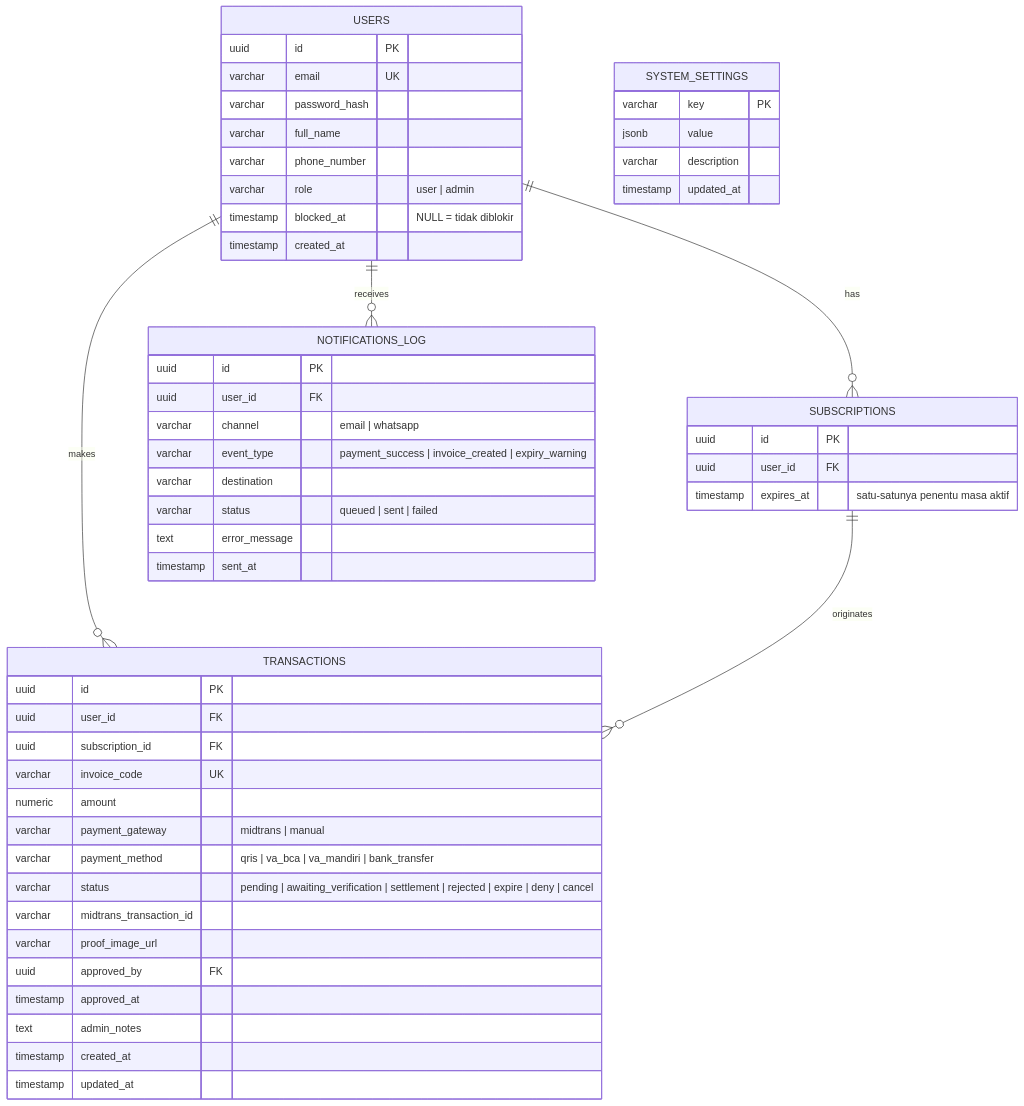
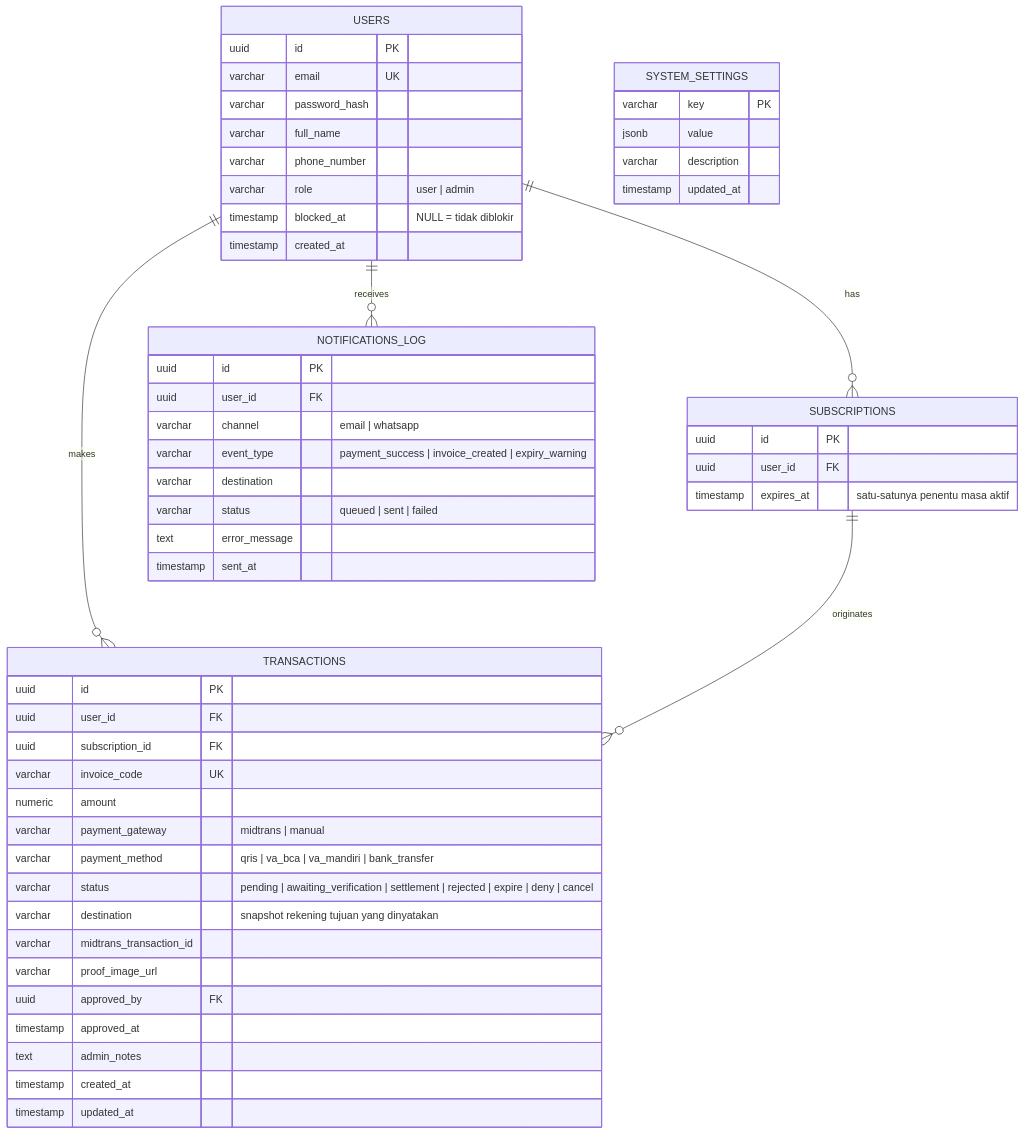
One commit to ikadekaggasugitha-cell/AI-InvestmentDecisionSupport changed the second of 3 diagrams in docs/saas-subscription-platform.md. Above: the diagram before and after it, drawn with Mermaid. The commit also changed other lines of this file and 61 other files, not shown here.

````diff
--- a/docs/saas-subscription-platform.md
+++ b/docs/saas-subscription-platform.md
@@ -95,60 +95,61 @@
 ```mermaid
 erDiagram
     USERS ||--o{ SUBSCRIPTIONS : has
     USERS ||--o{ TRANSACTIONS : makes
     SUBSCRIPTIONS ||--o{ TRANSACTIONS : originates
     USERS ||--o{ NOTIFICATIONS_LOG : receives
 
     USERS {
         uuid id PK
         varchar email UK
         varchar password_hash
         varchar full_name
         varchar phone_number
         varchar role "user | admin"
         timestamp blocked_at "NULL = tidak diblokir"
         timestamp created_at
     }
 
     SUBSCRIPTIONS {
         uuid id PK
         uuid user_id FK
         timestamp expires_at "satu-satunya penentu masa aktif"
     }
 
     TRANSACTIONS {
         uuid id PK
         uuid user_id FK
         uuid subscription_id FK
         varchar invoice_code UK
         numeric amount
         varchar payment_gateway "midtrans | manual"
         varchar payment_method "qris | va_bca | va_mandiri | bank_transfer"
         varchar status "pending | awaiting_verification | settlement | rejected | expire | deny | cancel"
+        varchar destination "snapshot rekening tujuan yang dinyatakan"
         varchar midtrans_transaction_id
         varchar proof_image_url
         uuid approved_by FK
         timestamp approved_at
         text admin_notes
         timestamp created_at
         timestamp updated_at
     }
 
     SYSTEM_SETTINGS {
         varchar key PK
         jsonb value
         varchar description
         timestamp updated_at
     }
 
     NOTIFICATIONS_LOG {
         uuid id PK
         uuid user_id FK
         varchar channel "email | whatsapp"
         varchar event_type "payment_success | invoice_created | expiry_warning"
         varchar destination
         varchar status "queued | sent | failed"
         text error_message
         timestamp sent_at
     }
 ```
````
